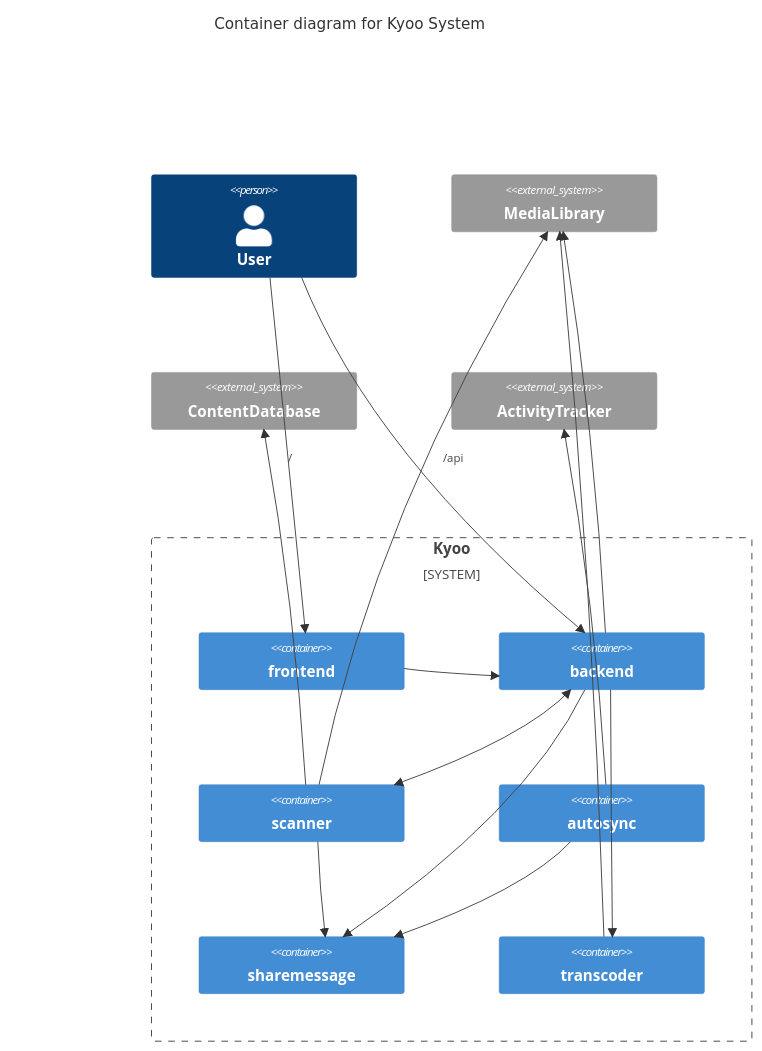
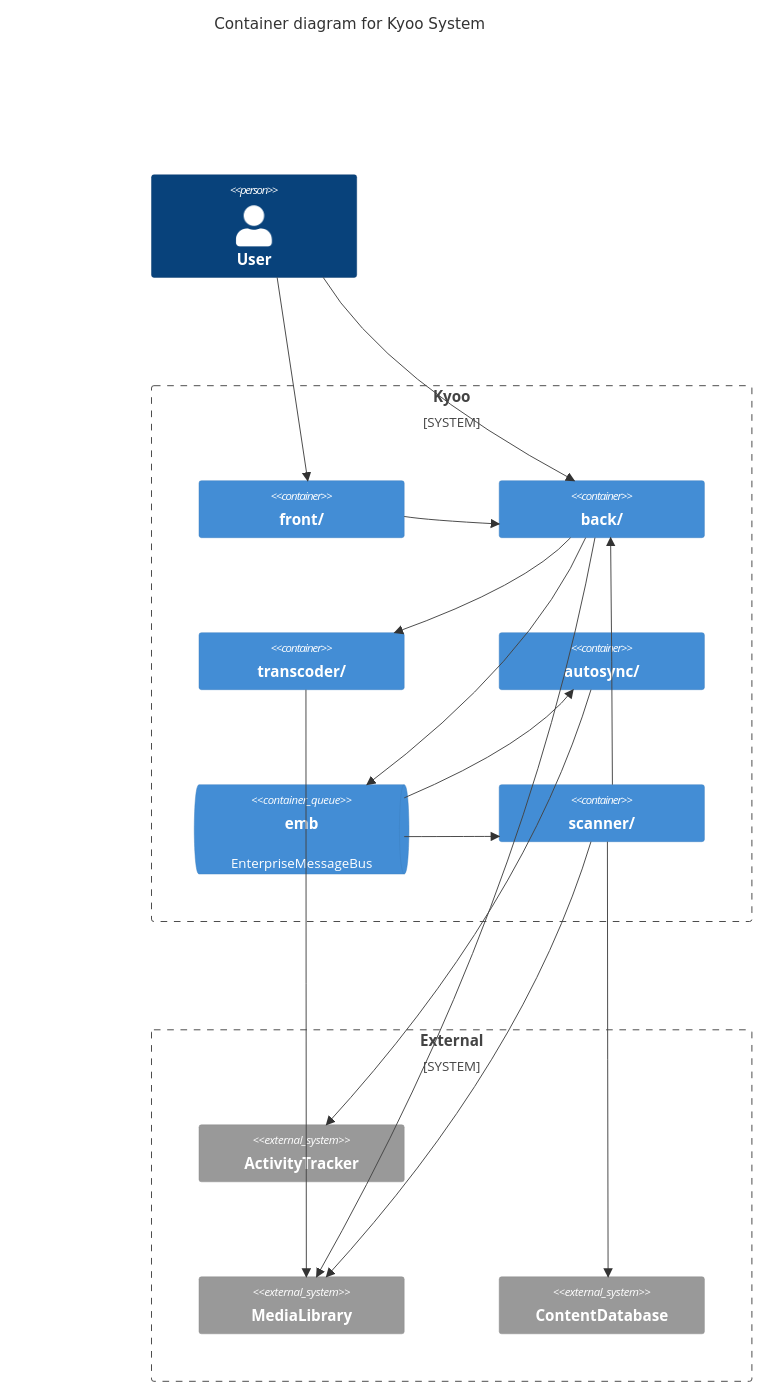
Before and after one commit to zoriya/Kyoo: the third of 4 diagrams in DIAGRAMS.md, drawn with Mermaid. The commit also changed other lines of this file, not shown here.

````diff
--- a/DIAGRAMS.md
+++ b/DIAGRAMS.md
@@ -26,37 +92,37 @@
 ```mermaid
-    C4Container
+  C4Container
+  UpdateLayoutConfig($c4ShapeInRow="3", $c4BoundaryInRow="1")
+  title Container diagram for Kyoo System
+    Person(user, "User")
 
-      title Container diagram for Kyoo System
-      Person(user, "User")
+    System_Boundary(internal, "Kyoo") {
+      Container(frontend, "front/")
+      Container(backend, "back/")
+      Container(transcoder, "transcoder/")
 
-      System_Boundary(s1, "Kyoo") {
-        Container(frontend, "frontend")
-        Container(backend, "backend")
-        Container(scanner, "scanner")
-        Container(autosync, "autosync")
-        Container(sharem, "sharemessage")
-        Container(transcoder, "transcoder")
-      }
+      Container(autosync, "autosync/")
+      ContainerQueue(emb, "emb", "", "EnterpriseMessageBus")
+      Container(scanner, "scanner/")        
+    }
 
+    System_Boundary(external, "External") {
+      System_Ext(tracker, "ActivityTracker", "")
       System_Ext(media, "MediaLibrary", "")
       System_Ext(content, "ContentDatabase", "")
-      System_Ext(tracker, "ActivityTracker", "")
+      
+    }
 
-      Rel(user, frontend, "/")
-      Rel(user, backend, "/api")
-      Rel(frontend, backend, "")
-      Rel(backend, sharem, "")
-      Rel(backend, media, "")
-      Rel(backend, transcoder, "")
-      Rel(autosync, sharem, "")
-      Rel(autosync, tracker, "")
-      Rel(scanner, sharem, "")
-      Rel(scanner, media, "")
-      Rel(scanner, content, "")
-      Rel(transcoder, media, "")
-
-      BiRel(backend, scanner, "")
-
-      UpdateLayoutConfig($c4ShapeInRow="3", $c4BoundaryInRow="1")
-
+    Rel(user, frontend, "")
+    Rel(user, backend, "")
+    Rel(frontend, backend, "")
+    Rel(backend, emb, "")
+    Rel(backend, media, "")
+    Rel(backend, transcoder, "")
+    Rel_Back(autosync, emb, "")
+    Rel(autosync, tracker, "")
+    Rel_Back(scanner, emb, "")
+    Rel(scanner, backend, "")
+    Rel(scanner, media, "")
+    Rel(scanner, content, "")
+    Rel(transcoder, media, "")
 ```
````
